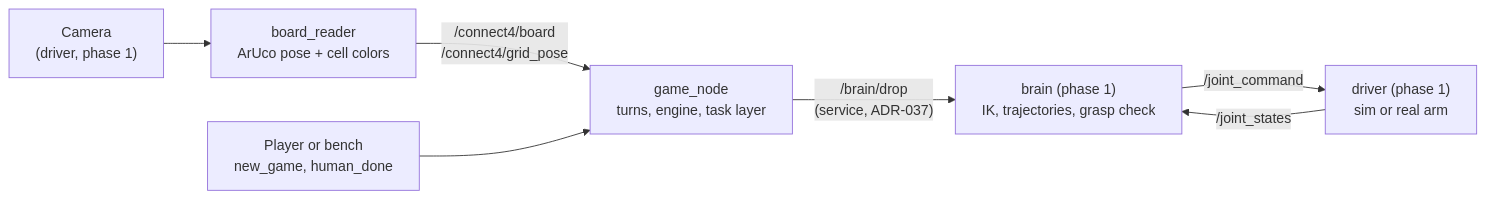
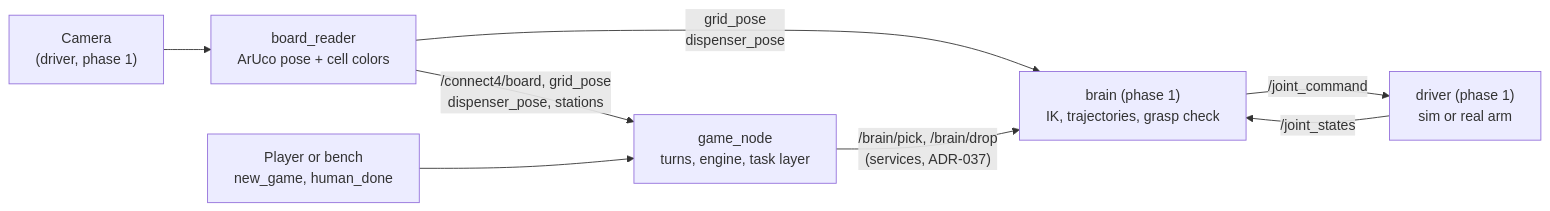
The diagram in docs/project/phase2/README.md (FoxaxeWasTaken/Robotics), drawn with Mermaid before and after one commit. The commit also changed other lines of this file and 39 other files, not shown here.

First line of the commit message:
fix(connect4): the console's keys typed ahead, a flag of the game node, the tools' traps, the docs left behind by the dispenser (#266)

````diff
--- a/docs/project/phase2/README.md
+++ b/docs/project/phase2/README.md
@@ -32,9 +32,10 @@
 ```mermaid
 flowchart LR
   CAM["Camera<br/>(driver, phase 1)"] --> BR["board_reader<br/>ArUco pose + cell colors"]
-  BR -- "/connect4/board<br/>/connect4/grid_pose" --> G["game_node<br/>turns, engine, task layer"]
+  BR -- "/connect4/board, grid_pose<br/>dispenser_pose, stations" --> G["game_node<br/>turns, engine, task layer"]
+  BR -- "grid_pose<br/>dispenser_pose" --> B
   H["Player or bench<br/>new_game, human_done"] --> G
-  G -- "/brain/drop<br/>(service, ADR-037)" --> B["brain (phase 1)<br/>IK, trajectories, grasp check"]
+  G -- "/brain/pick, /brain/drop<br/>(services, ADR-037)" --> B["brain (phase 1)<br/>IK, trajectories, grasp check"]
   B -- "/joint_command" --> D["driver (phase 1)<br/>sim or real arm"]
   D -- "/joint_states" --> B
 ```
````
